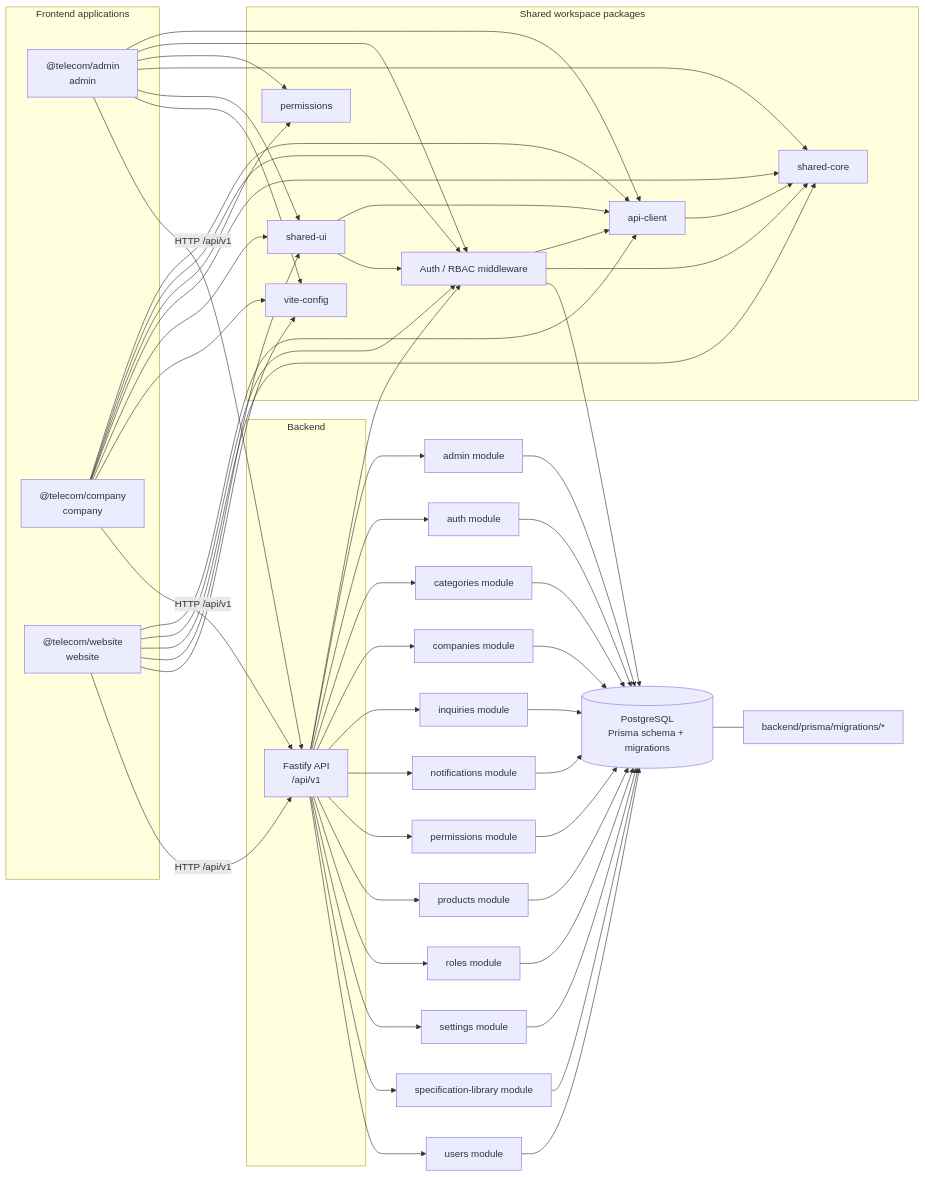
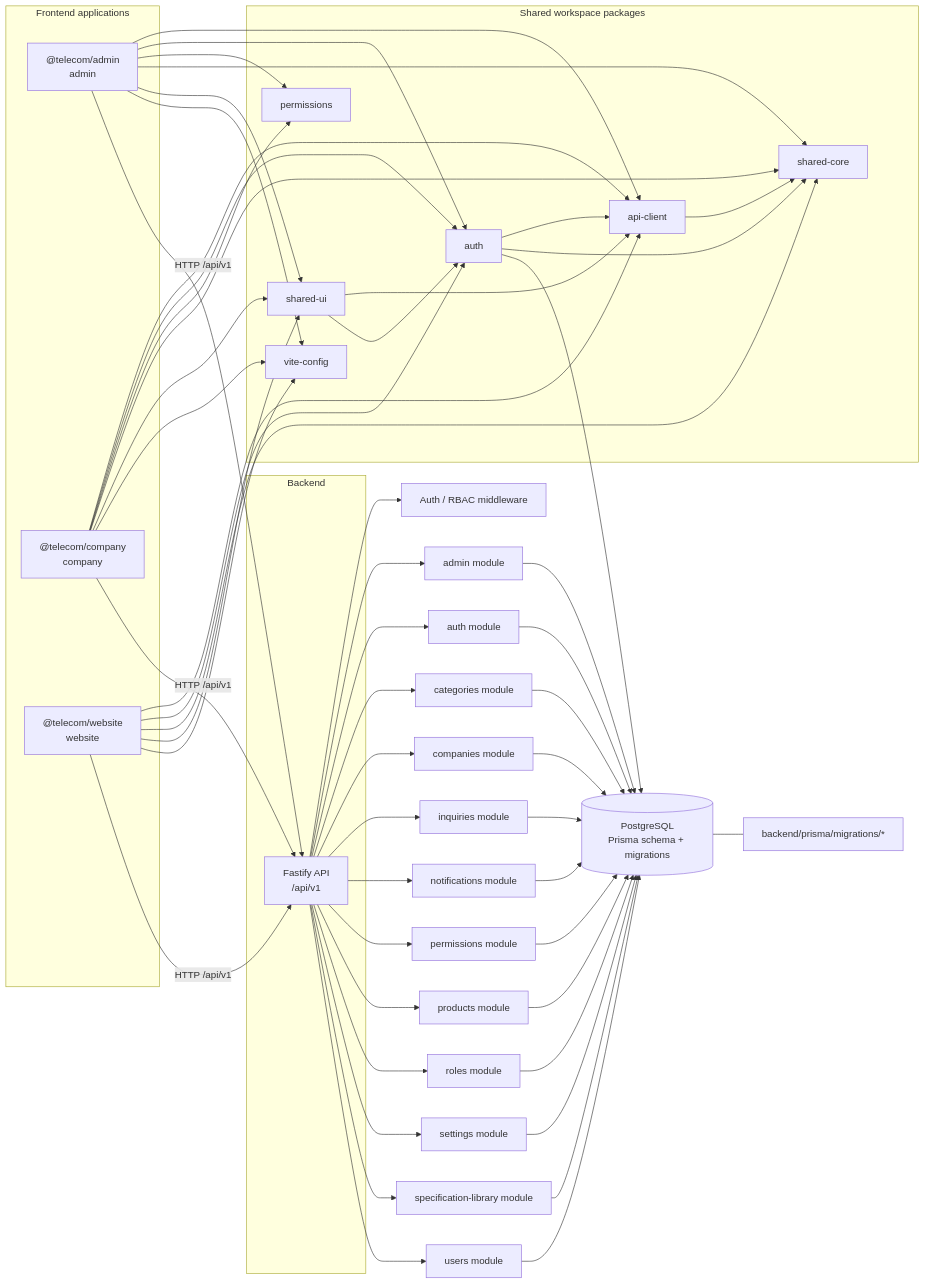
Before and after one commit to gameacc2025/martest: the diagram in docs/architecture/DEPENDENCY_GRAPH.generated.mmd, drawn with Mermaid.

Commit message:
fix: make architecture graph generator deterministic

```diff
--- a/docs/architecture/DEPENDENCY_GRAPH.generated.mmd
+++ b/docs/architecture/DEPENDENCY_GRAPH.generated.mmd
@@ -1,72 +1,72 @@
 %% GENERATED FILE. Do not edit by hand.
 %% Run: node scripts/generate-architecture-graph.mjs --write
 flowchart LR
   subgraph apps["Frontend applications"]
     admin["@telecom/admin<br/>admin"]
     company["@telecom/company<br/>company"]
     website["@telecom/website<br/>website"]
   end
   subgraph shared["Shared workspace packages"]
     api_client["api-client"]
     auth["auth"]
     permissions["permissions"]
     shared_core["shared-core"]
     shared_ui["shared-ui"]
     vite_config["vite-config"]
   end
   subgraph backend["Backend"]
     api["Fastify API<br/>/api/v1"]
   end
   db[("PostgreSQL<br/>Prisma schema + migrations")]
   admin --> api_client
   admin --> auth
   admin --> permissions
   admin --> shared_core
   admin --> shared_ui
   admin --> vite_config
   company --> api_client
   company --> auth
   company --> permissions
   company --> shared_core
   company --> shared_ui
   company --> vite_config
   website --> api_client
   website --> auth
   website --> shared_core
   website --> shared_ui
   website --> vite_config
   api_client --> shared_core
   auth --> api_client
   auth --> shared_core
   shared_ui --> api_client
   shared_ui --> auth
   website -->|HTTP /api/v1| api
   company -->|HTTP /api/v1| api
   admin -->|HTTP /api/v1| api
-  api --> auth["Auth / RBAC middleware"]
+  api --> rbac["Auth / RBAC middleware"]
   api --> mod_admin["admin module"]
   api --> mod_auth["auth module"]
   api --> mod_categories["categories module"]
   api --> mod_companies["companies module"]
   api --> mod_inquiries["inquiries module"]
   api --> mod_notifications["notifications module"]
   api --> mod_permissions["permissions module"]
   api --> mod_products["products module"]
   api --> mod_roles["roles module"]
   api --> mod_settings["settings module"]
   api --> mod_specification_library["specification-library module"]
   api --> mod_users["users module"]
   auth --> db
   mod_admin --> db
   mod_auth --> db
   mod_categories --> db
   mod_companies --> db
   mod_inquiries --> db
   mod_notifications --> db
   mod_permissions --> db
   mod_products --> db
   mod_roles --> db
   mod_settings --> db
   mod_specification_library --> db
   mod_users --> db
   db --- migrations["backend/prisma/migrations/*"]
```
